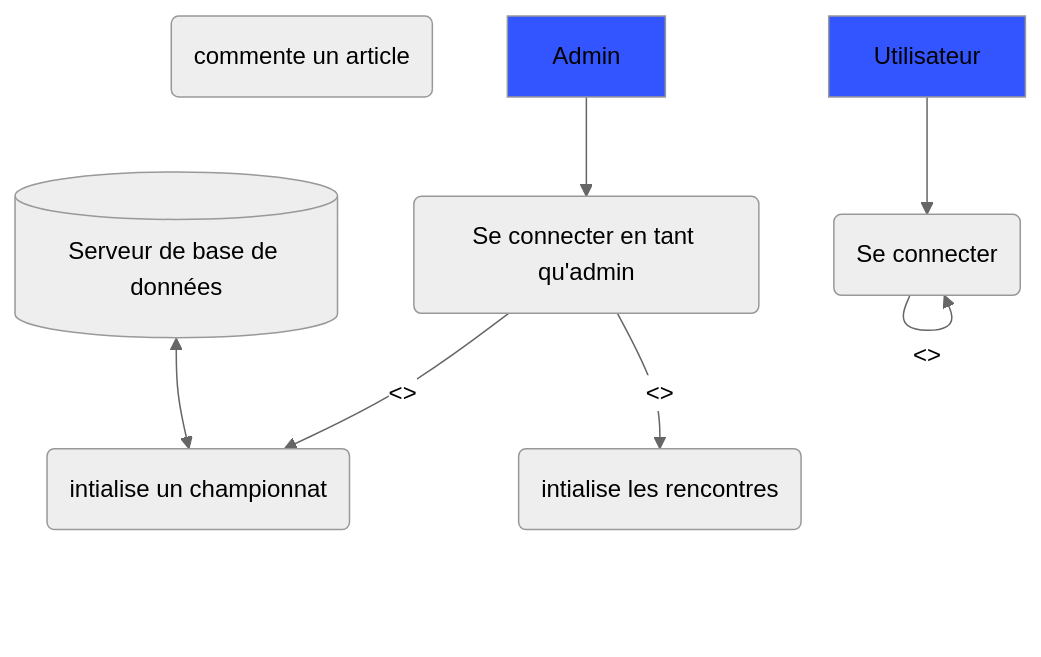
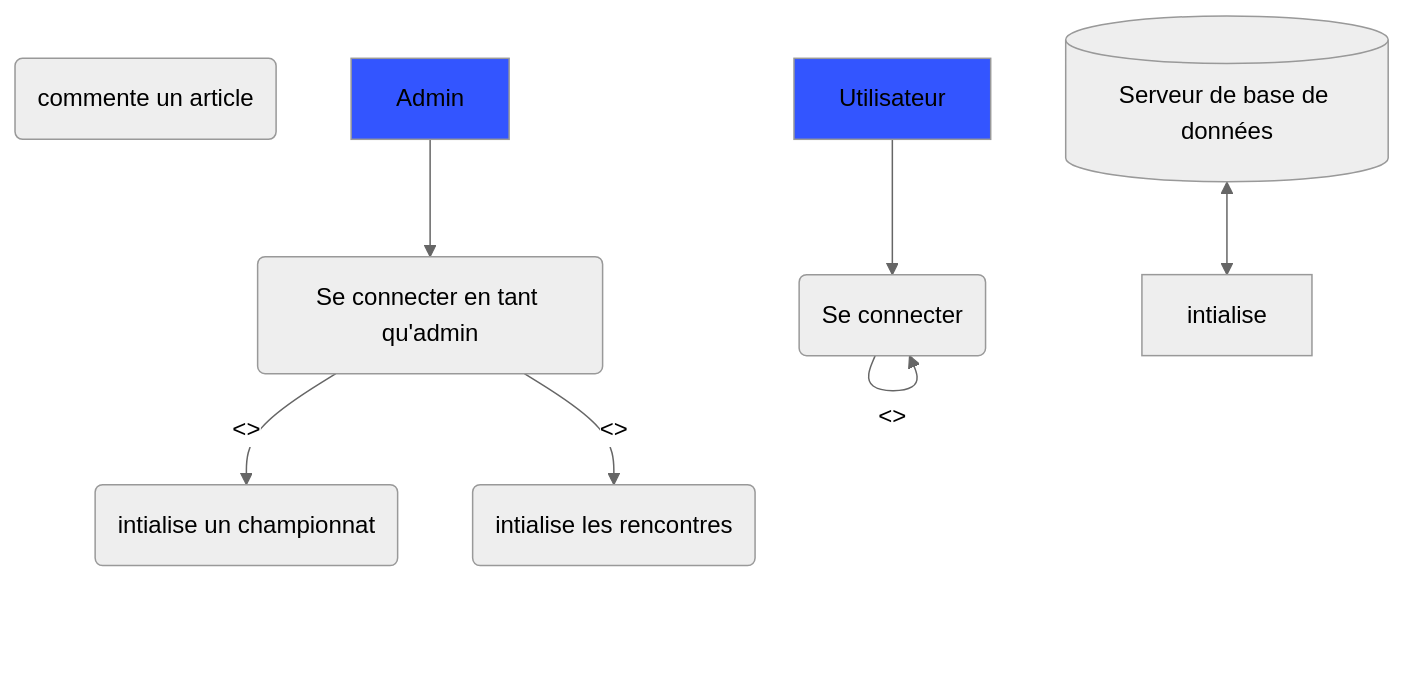
One commit to LhoMars/football changed the diagram in docs/index.md. Above: the diagram before and after it, drawn with Mermaid (neutral theme).

````diff
--- a/docs/index.md
+++ b/docs/index.md
@@ -14,20 +14,20 @@
 ```mermaid
 graph TB
-intialise(intialise un championnat)
-intialise2(intialise les rencontres)
+intialiseC(intialise un championnat)
+intialiseR(intialise les rencontres)
 connection(Se connecter)
 connectionAdmin(Se connecter en tant qu'admin)
 commente(commente un article)
 serveurBdd[(Serveur de base de données)]
 
 Admin:::user --> connectionAdmin
     classDef user fill:#0acf00;
 
 Utilisateur:::user --> connection 
     classDef user fill:#3355ff;
     
-connectionAdmin -- <<extend>> --> intialise
-connectionAdmin -- <<extend>> --> intialise2
+connectionAdmin -- <<extend>> --> intialiseC
+connectionAdmin -- <<extend>> --> intialiseR
 connection -- <<extends>> --> connection
 serveurBdd <--> intialise
 ```
````
